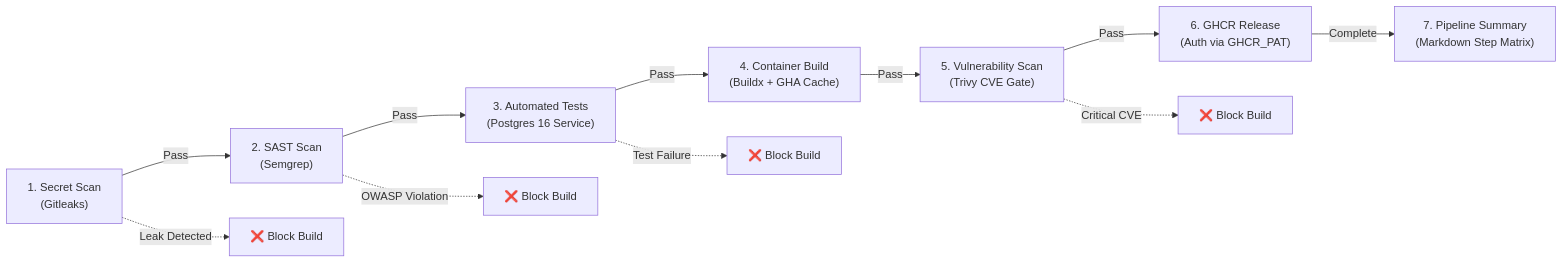
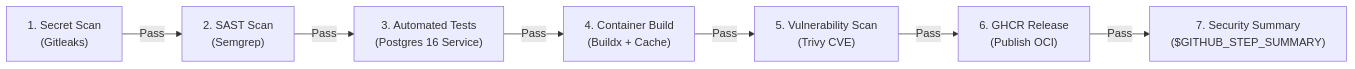
The second of 3 diagrams in README.md (FatmaMejri1/idp-backstage), drawn with Mermaid before and after one commit. The commit also changed other lines of this file, not shown here.

Commit message:
docs: update root README with scorecards, automated on-call, and architecture updates

````diff
--- a/README.md
+++ b/README.md
@@ -116,14 +125,9 @@
 ```mermaid
 flowchart LR
     A["1. Secret Scan<br/>(Gitleaks)"] -->|Pass| B["2. SAST Scan<br/>(Semgrep)"]
     B -->|Pass| C["3. Automated Tests<br/>(Postgres 16 Service)"]
-    C -->|Pass| D["4. Container Build<br/>(Buildx + GHA Cache)"]
-    D -->|Pass| E["5. Vulnerability Scan<br/>(Trivy CVE Gate)"]
-    E -->|Pass| F["6. GHCR Release<br/>(Auth via GHCR_PAT)"]
-    F -->|Complete| G["7. Pipeline Summary<br/>(Markdown Step Matrix)"]
-    
-    A -.->|Leak Detected| Block1[❌ Block Build]
-    B -.->|OWASP Violation| Block2[❌ Block Build]
-    C -.->|Test Failure| Block3[❌ Block Build]
-    E -.->|Critical CVE| Block4[❌ Block Build]
+    C -->|Pass| D["4. Container Build<br/>(Buildx + Cache)"]
+    D -->|Pass| E["5. Vulnerability Scan<br/>(Trivy CVE)"]
+    E -->|Pass| F["6. GHCR Release<br/>(Publish OCI)"]
+    F -->|Pass| G["7. Security Summary<br/>($GITHUB_STEP_SUMMARY)"]
 ```
````
